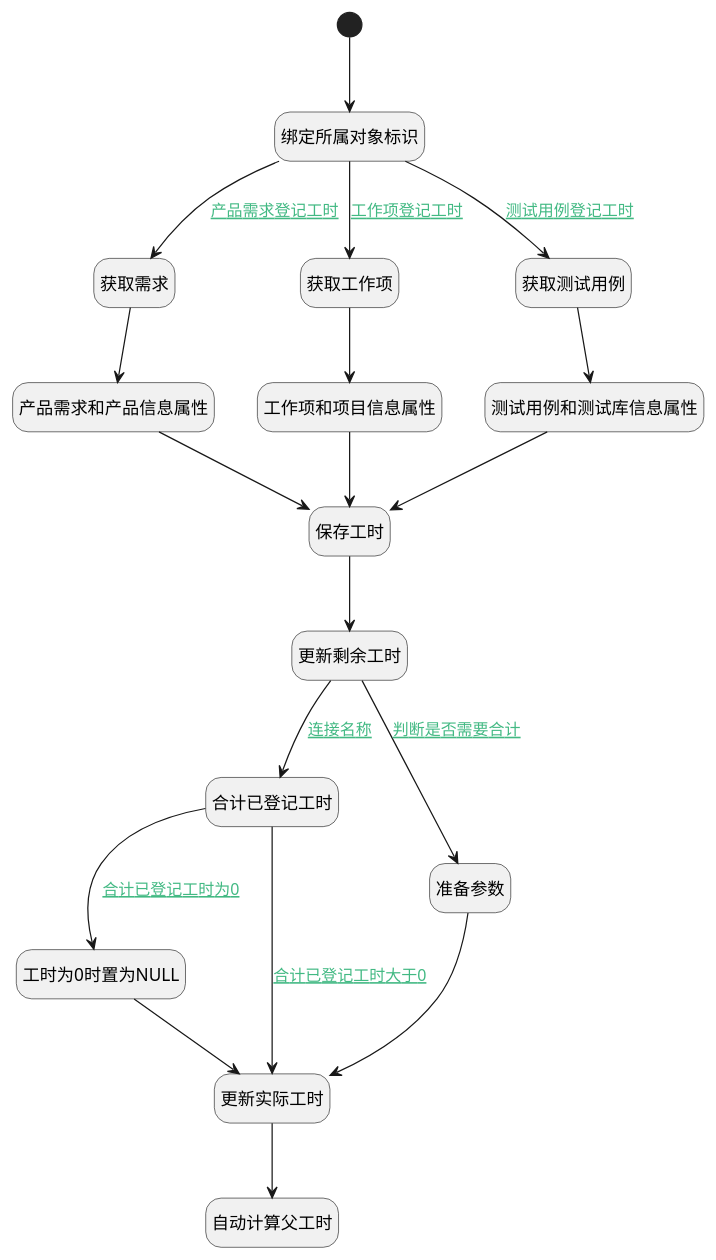
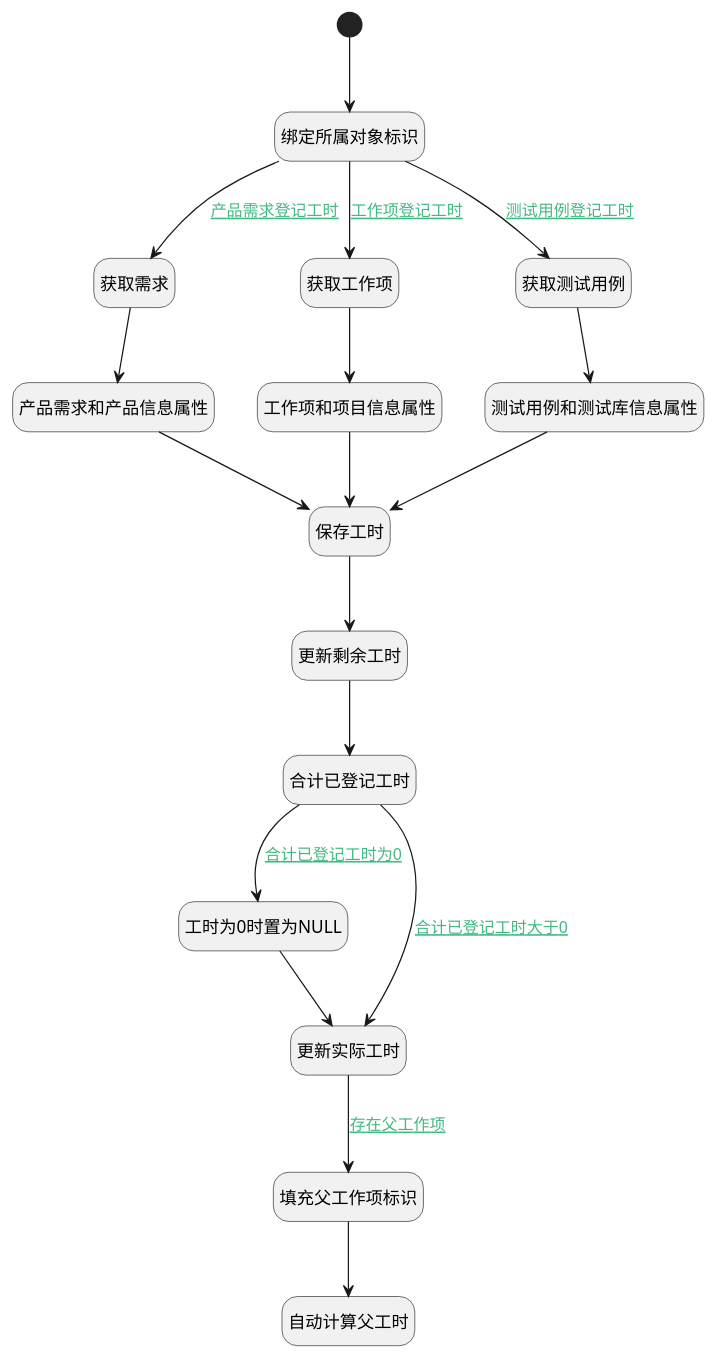
Before and after one commit to iBizLab/plm: the diagram in doc/docsify/module/Base/workload/logic/save_workload.md, drawn with PlantUML. The commit also changed other lines of this file and 862 other files, not shown here.

````diff
--- a/doc/docsify/module/Base/workload/logic/save_workload.md
+++ b/doc/docsify/module/Base/workload/logic/save_workload.md
@@ -7,49 +7,48 @@
 ```plantuml
 @startuml
 hide empty description
 <style>
 root {
   HyperlinkColor #42b983
 }
 </style>
 
 hide empty description
 state "开始" as Begin <<start>> [[$./save_workload#begin {"开始"}]]
 state "绑定所属对象标识" as PREPAREPARAM2  [[$./save_workload#prepareparam2 {"绑定所属对象标识"}]]
 state "获取需求" as DEACTION3  [[$./save_workload#deaction3 {"获取需求"}]]
 state "获取工作项" as DEACTION4  [[$./save_workload#deaction4 {"获取工作项"}]]
 state "获取测试用例" as DEACTION5  [[$./save_workload#deaction5 {"获取测试用例"}]]
 state "工作项和项目信息属性" as PREPAREPARAM3  [[$./save_workload#prepareparam3 {"工作项和项目信息属性"}]]
 state "产品需求和产品信息属性" as PREPAREPARAM4  [[$./save_workload#prepareparam4 {"产品需求和产品信息属性"}]]
 state "测试用例和测试库信息属性" as PREPAREPARAM5  [[$./save_workload#prepareparam5 {"测试用例和测试库信息属性"}]]
 state "保存工时" as DEACTION2  [[$./save_workload#deaction2 {"保存工时"}]]
 state "更新剩余工时" as DEACTION6  [[$./save_workload#deaction6 {"更新剩余工时"}]]
+state "工时为0时置为NULL" as PREPAREPARAM6  [[$./save_workload#prepareparam6 {"工时为0时置为NULL"}]]
 state "合计已登记工时" as RAWSQLCALL1  [[$./save_workload#rawsqlcall1 {"合计已登记工时"}]]
-state "准备参数" as PREPAREPARAM7  [[$./save_workload#prepareparam7 {"准备参数"}]]
-state "工时为0时置为NULL" as PREPAREPARAM6  [[$./save_workload#prepareparam6 {"工时为0时置为NULL"}]]
 state "更新实际工时" as DEACTION7  [[$./save_workload#deaction7 {"更新实际工时"}]]
+state "填充父工作项标识" as PREPAREPARAM7  [[$./save_workload#prepareparam7 {"填充父工作项标识"}]]
 state "自动计算父工时" as DELOGIC1  [[$./save_workload#delogic1 {"自动计算父工时"}]]
 
 
 Begin --> PREPAREPARAM2
 PREPAREPARAM2 --> DEACTION3 : [[$./save_workload#prepareparam2-deaction3{产品需求登记工时} 产品需求登记工时]]
 DEACTION3 --> PREPAREPARAM4
 PREPAREPARAM4 --> DEACTION2
 DEACTION2 --> DEACTION6
-DEACTION6 --> PREPAREPARAM7 : [[$./save_workload#deaction6-prepareparam7{判断是否需要合计} 判断是否需要合计]]
-PREPAREPARAM7 --> DEACTION7
-DEACTION7 --> DELOGIC1
-DEACTION6 --> RAWSQLCALL1 : [[$./save_workload#deaction6-rawsqlcall1{连接名称} 连接名称]]
+DEACTION6 --> RAWSQLCALL1
 RAWSQLCALL1 --> DEACTION7 : [[$./save_workload#rawsqlcall1-deaction7{合计已登记工时大于0} 合计已登记工时大于0]]
+DEACTION7 --> PREPAREPARAM7 : [[$./save_workload#deaction7-prepareparam7{存在父工作项} 存在父工作项]]
+PREPAREPARAM7 --> DELOGIC1
 RAWSQLCALL1 --> PREPAREPARAM6 : [[$./save_workload#rawsqlcall1-prepareparam6{合计已登记工时为0} 合计已登记工时为0]]
 PREPAREPARAM6 --> DEACTION7
 PREPAREPARAM2 --> DEACTION4 : [[$./save_workload#prepareparam2-deaction4{工作项登记工时} 工作项登记工时]]
 DEACTION4 --> PREPAREPARAM3
 PREPAREPARAM3 --> DEACTION2
 PREPAREPARAM2 --> DEACTION5 : [[$./save_workload#prepareparam2-deaction5{测试用例登记工时} 测试用例登记工时]]
 DEACTION5 --> PREPAREPARAM5
 PREPAREPARAM5 --> DEACTION2
 
 
 @enduml
 ```
````
